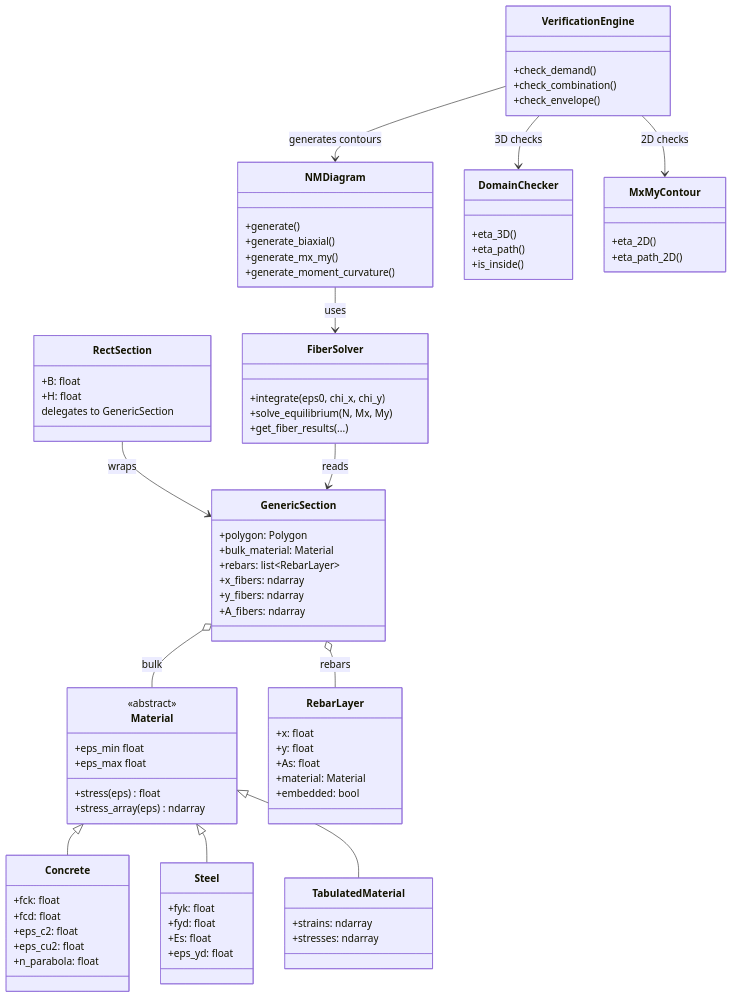
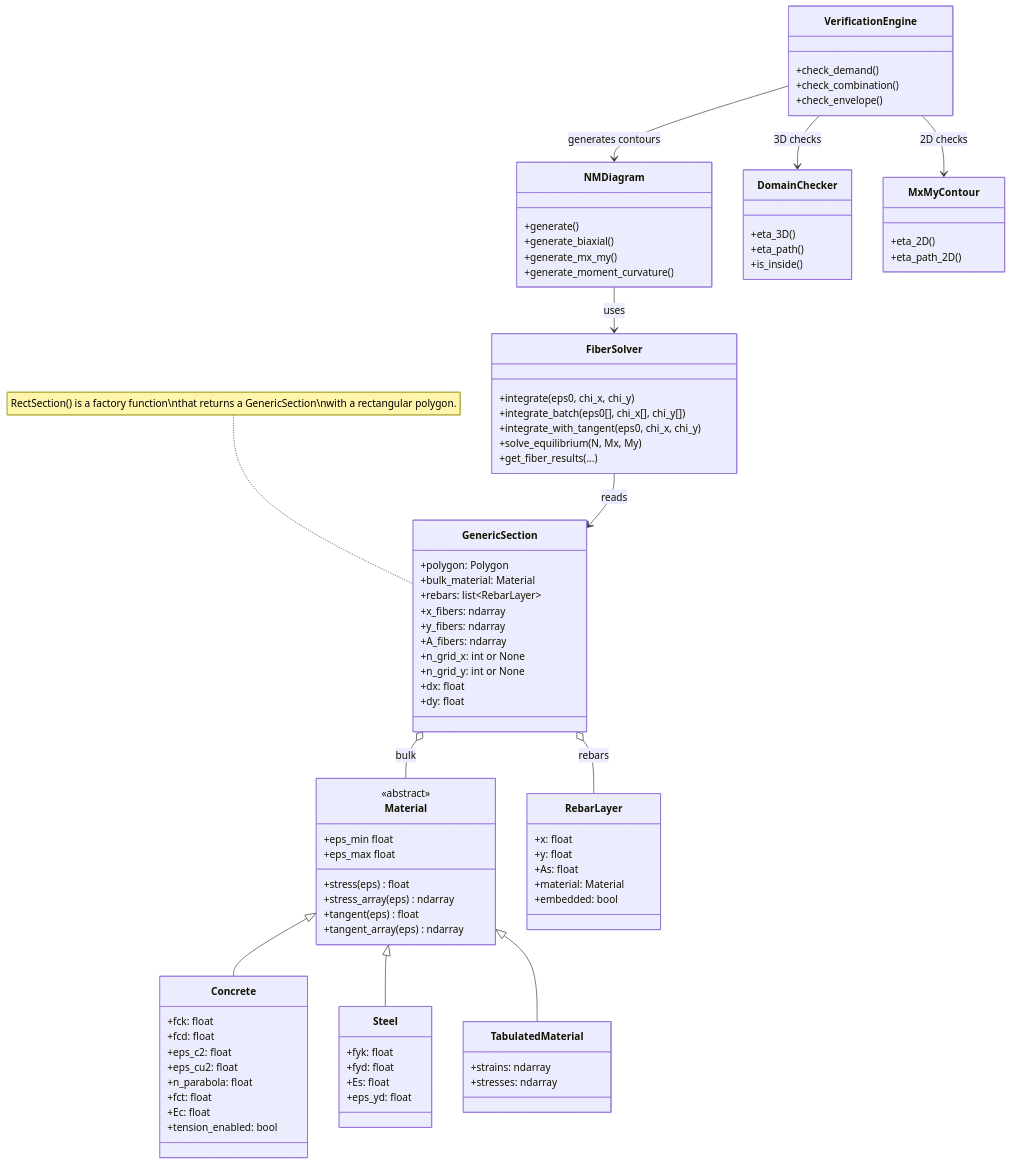
Before and after one commit to Jagtree/gensec: the third of 3 diagrams in docs/architecture/architecture_overview.rst, drawn with Mermaid. The commit also changed other lines of this file and 24 other files, not shown here.

```diff
--- a/docs/architecture/architecture_overview.rst
+++ b/docs/architecture/architecture_overview.rst
@@ -141,6 +141,8 @@
            <<abstract>>
            +stress(eps) float
            +stress_array(eps) ndarray
+           +tangent(eps) float
+           +tangent_array(eps) ndarray
            +eps_min float
            +eps_max float
        }
@@ -150,6 +152,9 @@
            +eps_c2: float
            +eps_cu2: float
            +n_parabola: float
+           +fct: float
+           +Ec: float
+           +tension_enabled: bool
        }
        class Steel {
            +fyk: float
@@ -181,19 +186,21 @@
            +x_fibers: ndarray
            +y_fibers: ndarray
            +A_fibers: ndarray
-       }
-       class RectSection {
-           +B: float
-           +H: float
-           delegates to GenericSection
+           +n_grid_x: int or None
+           +n_grid_y: int or None
+           +dx: float
+           +dy: float
        }
 
        GenericSection o-- Material : bulk
        GenericSection o-- RebarLayer : rebars
-       RectSection --> GenericSection : wraps
+
+       note for GenericSection "RectSection() is a factory function\nthat returns a GenericSection\nwith a rectangular polygon."
 
        class FiberSolver {
            +integrate(eps0, chi_x, chi_y)
+           +integrate_batch(eps0[], chi_x[], chi_y[])
+           +integrate_with_tangent(eps0, chi_x, chi_y)
            +solve_equilibrium(N, Mx, My)
            +get_fiber_results(...)
        }
```
